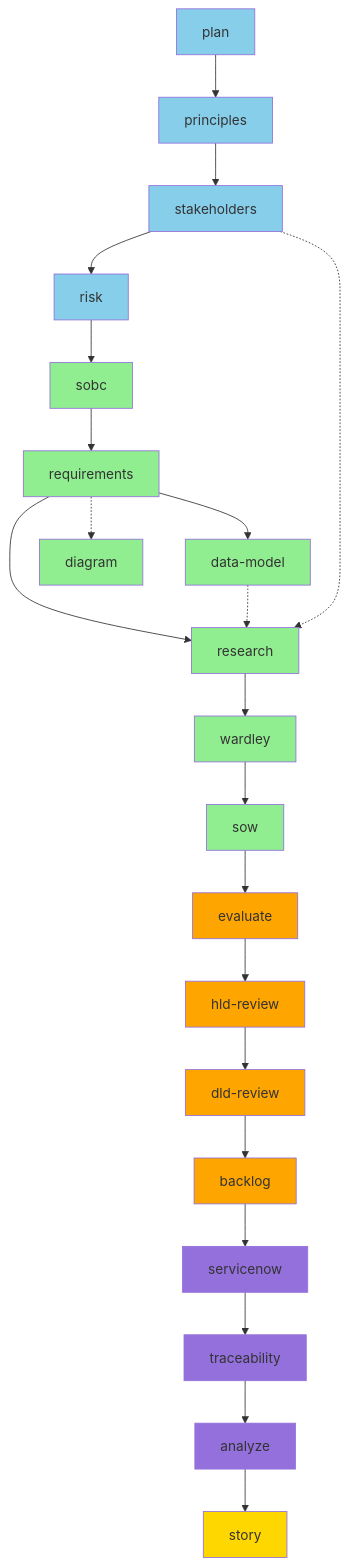
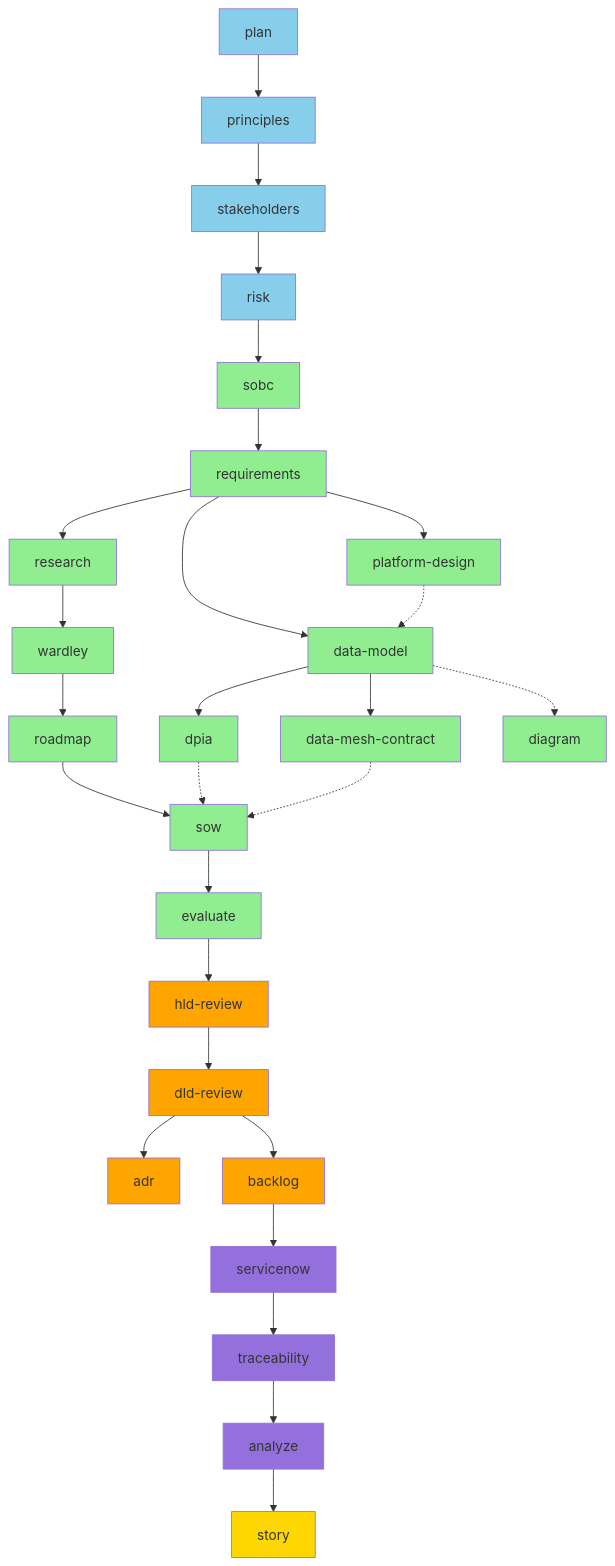
The first of 9 diagrams in WORKFLOW-DIAGRAMS.md (tractorjuice/arckit-test-project-v8-ons-data-platform), drawn with Mermaid before and after one commit. The commit also changed other lines of this file and 36 other files, not shown here.

First line of the commit message:
chore: release v0.9.1 - document control standards and ADR/roadmap guides

````diff
--- a/WORKFLOW-DIAGRAMS.md
+++ b/WORKFLOW-DIAGRAMS.md
@@ -21,60 +21,69 @@
 ```mermaid
 graph TD
     %% Tier 0-1: Foundation
     A[plan] --> B[principles]
     B --> C[stakeholders]
     C --> D[risk]
 
     %% Tier 2-3: Business Case & Requirements
     D --> E[sobc]
     E --> F[requirements]
 
-    %% Tier 4: Detailed Design
-    F --> G[data-model]
-    F --> H[research]
+    %% Tier 4: Strategy & Design
+    F --> G[platform-design]
+    F --> H[data-model]
     G -.-> H
-    C -.-> H
-    H --> I[wardley]
+    H --> I[data-mesh-contract]
+    H --> J[dpia]
+    F --> K[research]
+    K --> L[wardley]
+    L --> M[roadmap]
+    H -.-> N[diagram]
 
     %% Tier 5: Procurement
-    I --> J[sow]
-    J --> K[evaluate]
+    M --> O[sow]
+    O --> P[evaluate]
+    J -.-> O
+    I -.-> O
 
     %% Tier 6: Design Reviews
-    K --> L[hld-review]
-    L --> M[dld-review]
+    P --> Q[hld-review]
+    Q --> R[dld-review]
+    R --> S[adr]
 
     %% Tier 7: Implementation
-    M --> N[backlog]
+    R --> T[backlog]
 
     %% Tier 8-9: Operations & Quality
-    N --> O[servicenow]
-    O --> P[traceability]
-    P --> Q[analyze]
+    T --> U[servicenow]
+    U --> V[traceability]
+    V --> W[analyze]
 
     %% Tier 11: Reporting
-    Q --> S[story]
-
-    %% Optional parallel paths
-    F -.-> R[diagram]
+    W --> X[story]
 
     style A fill:#87CEEB
     style B fill:#87CEEB
     style C fill:#87CEEB
     style D fill:#87CEEB
     style E fill:#90EE90
     style F fill:#90EE90
     style G fill:#90EE90
     style H fill:#90EE90
     style I fill:#90EE90
     style J fill:#90EE90
-    style K fill:#FFA500
-    style L fill:#FFA500
-    style M fill:#FFA500
-    style N fill:#FFA500
-    style O fill:#9370DB
-    style P fill:#9370DB
-    style Q fill:#9370DB
-    style R fill:#90EE90
-    style S fill:#FFD700
+    style K fill:#90EE90
+    style L fill:#90EE90
+    style M fill:#90EE90
+    style N fill:#90EE90
+    style O fill:#90EE90
+    style P fill:#90EE90
+    style Q fill:#FFA500
+    style R fill:#FFA500
+    style S fill:#FFA500
+    style T fill:#FFA500
+    style U fill:#9370DB
+    style V fill:#9370DB
+    style W fill:#9370DB
+    style X fill:#FFD700
 ```
````
